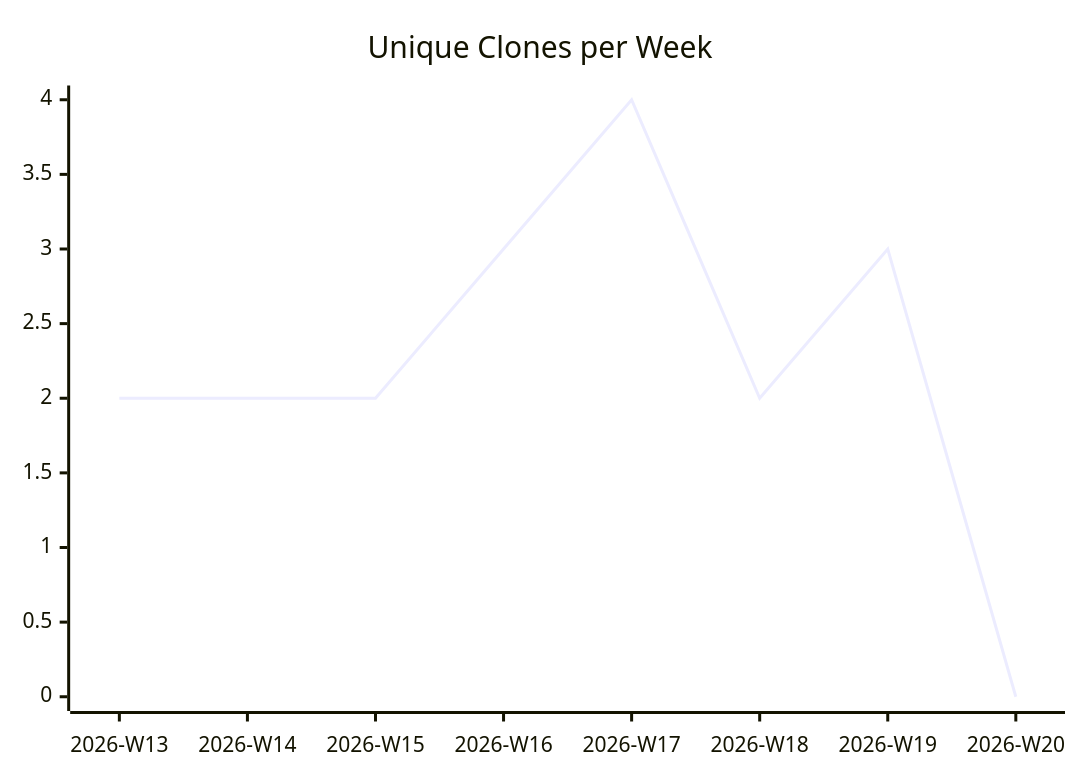
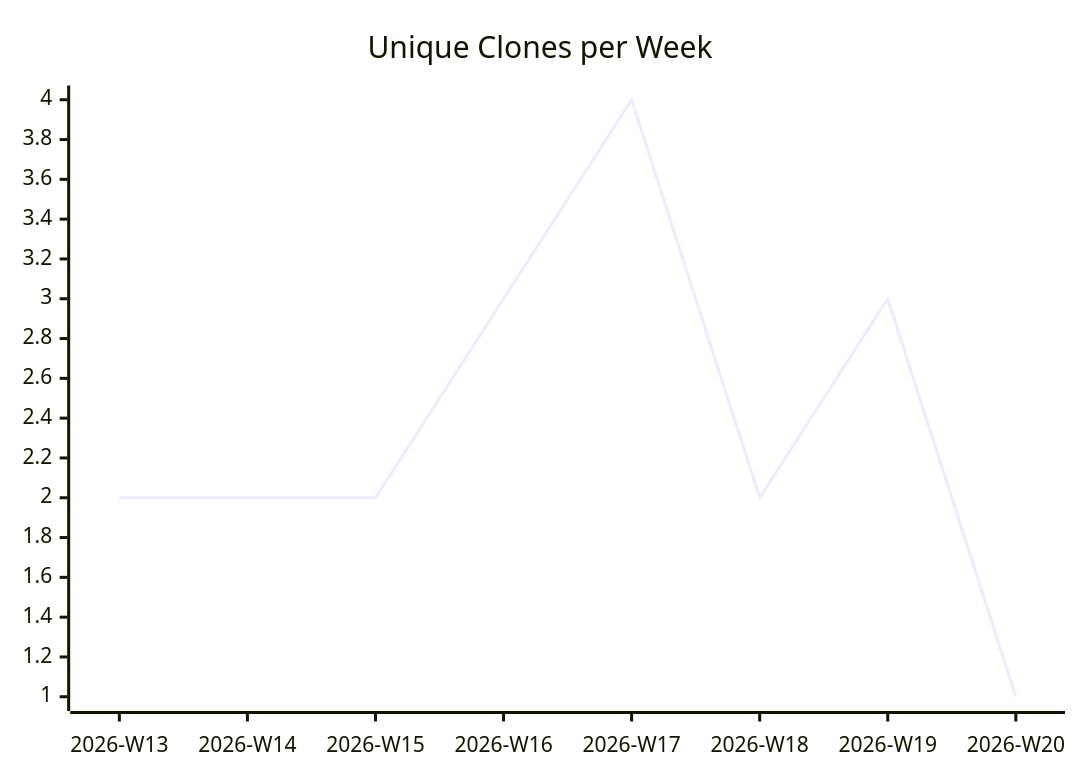
One commit to justdavis-family/github-analytics-data changed the third of 3 diagrams in karlmdavis/bbonfhir-dev-infra-docker/README.md. Above: the diagram before and after it, drawn with Mermaid. The commit also changed other lines of this file and 192 other files, not shown here.

````diff
--- a/karlmdavis/bbonfhir-dev-infra-docker/README.md
+++ b/karlmdavis/bbonfhir-dev-infra-docker/README.md
@@ -19,6 +19,6 @@
 ```mermaid
 xychart-beta
   title "Unique Clones per Week"
   x-axis ["2026-W13", "2026-W14", "2026-W15", "2026-W16", "2026-W17", "2026-W18", "2026-W19", "2026-W20"]
-  line [2, 2, 2, 3, 4, 2, 3, 0]
+  line [2, 2, 2, 3, 4, 2, 3, 1]
 ```
````
